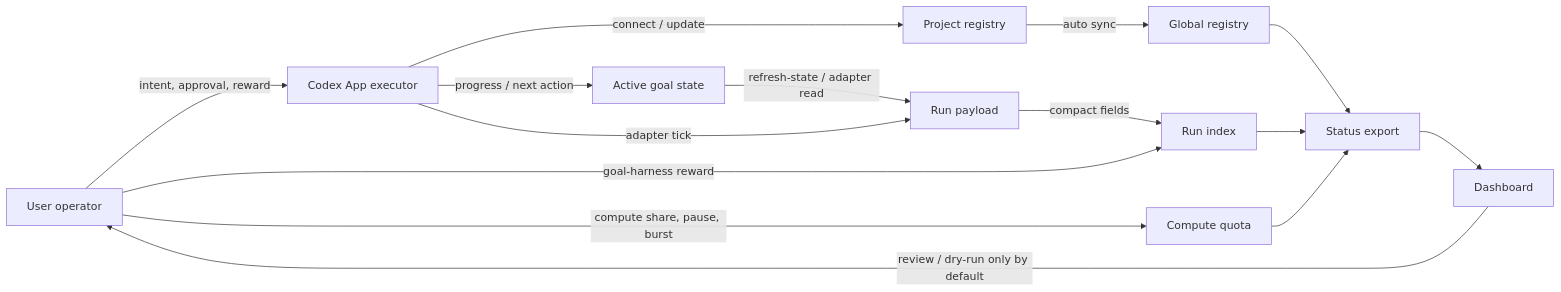
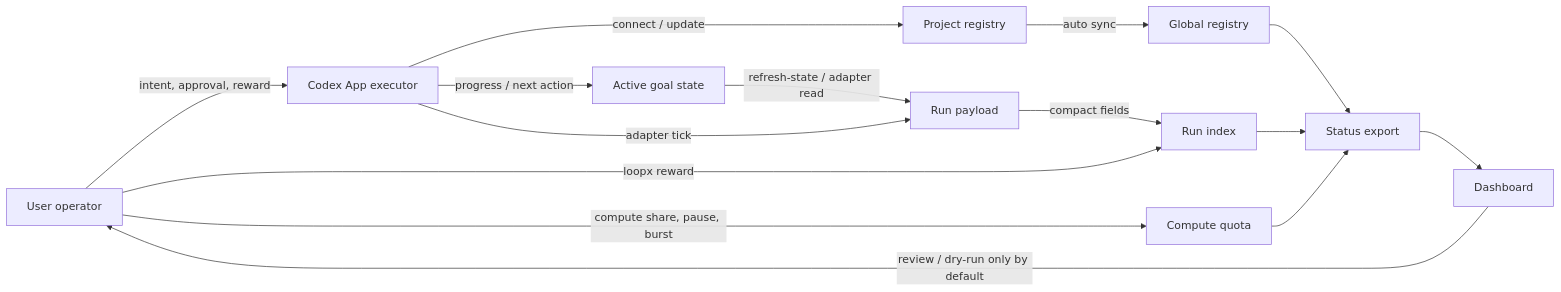
Before and after one commit to huangruiteng/goal-harness: the fourth of 4 diagrams in docs/state-interaction-model.md, drawn with Mermaid. The commit also changed other lines of this file and 641 other files, not shown here.

````diff
--- a/docs/state-interaction-model.md
+++ b/docs/state-interaction-model.md
@@ -604,17 +604,17 @@
 ```mermaid
 flowchart LR
   User["User operator"] -->|"intent, approval, reward"| Executor["Codex App executor"]
   Executor -->|"connect / update"| Registry["Project registry"]
   Executor -->|"progress / next action"| ActiveState["Active goal state"]
   Registry -->|"auto sync"| GlobalRegistry["Global registry"]
   ActiveState -->|"refresh-state / adapter read"| RunPayload["Run payload"]
   Executor -->|"adapter tick"| RunPayload
   RunPayload -->|"compact fields"| RunIndex["Run index"]
-  User -->|"goal-harness reward"| RunIndex
+  User -->|"loopx reward"| RunIndex
   User -->|"compute share, pause, burst"| Quota["Compute quota"]
   GlobalRegistry --> Status["Status export"]
   RunIndex --> Status
   Quota --> Status
   Status --> Dashboard["Dashboard"]
   Dashboard -->|"review / dry-run only by default"| User
 ```
````
